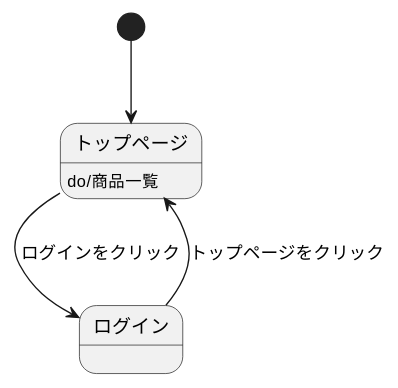
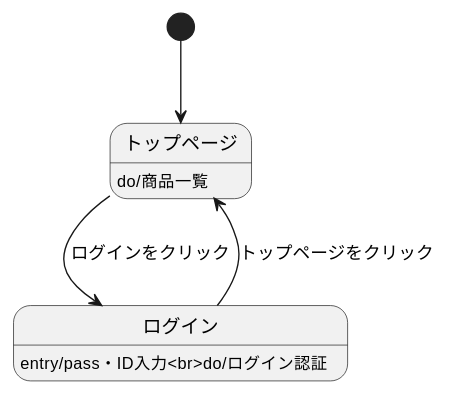
One commit to Aso2001388/2021sys-design changed the diagram in orizinaru.md. Above: the diagram before and after it, drawn with PlantUML.

````diff
--- a/orizinaru.md
+++ b/orizinaru.md
@@ -1,8 +1,9 @@
 ```uml 
 @startuml
 [*]-->トップページ
 トップページ : do/商品一覧
 トップページ-->ログイン: ログインをクリック
 ログイン-->トップページ: トップページをクリック
+ログイン: entry/pass・ID入力<br>do/ログイン認証
 @enduml
 ``` 
````
